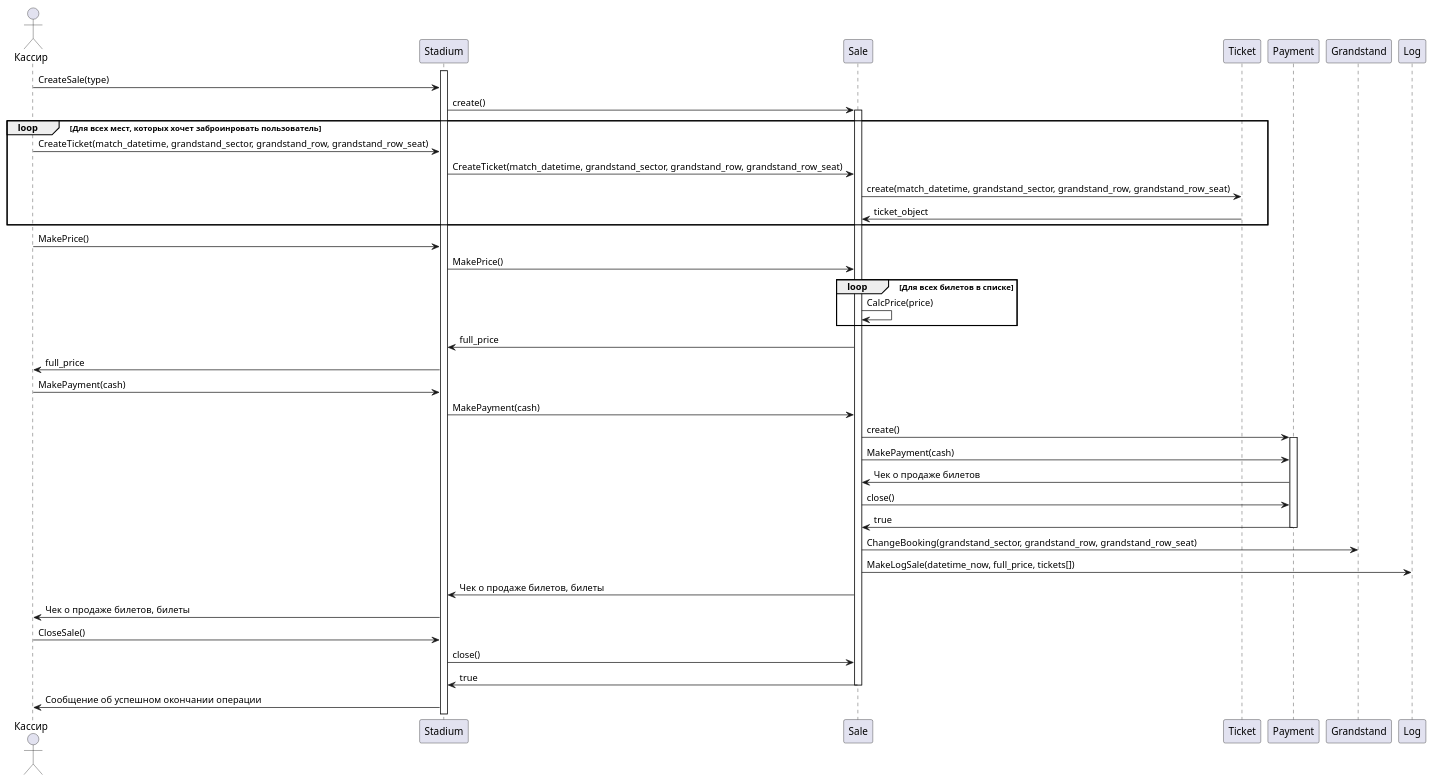
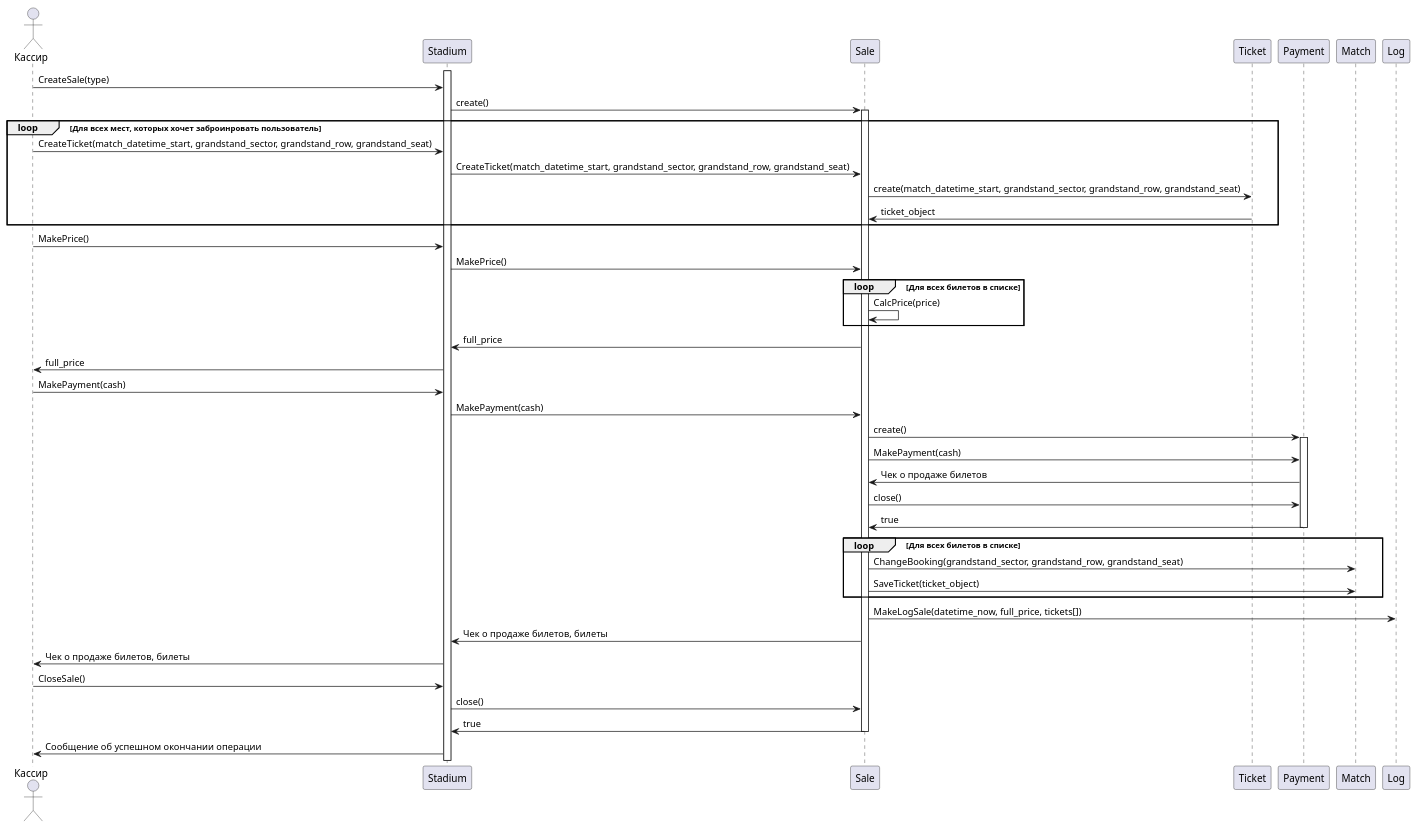
The diagram in Прецеденты/Диаграмма продажи билетов.md (penamarth/bsbo-03-23_team4_var10_football), drawn with PlantUML before and after one commit. The commit also changed 1 other file, not shown here.

Commit message:
Внесение композита в модель предметной области + правка самой области + правка диаграммы продажи билетов

````diff
--- a/Прецеденты/Диаграмма продажи билетов.md
+++ b/Прецеденты/Диаграмма продажи билетов.md
@@ -1,61 +1,68 @@
 ```plantuml
 @startuml
 actor Кассир
 
 activate Stadium
 
 Кассир -> Stadium : CreateSale(type)
 Stadium -> Sale : create()
 activate Sale
 
 
 loop Для всех мест, которых хочет заброинровать пользователь
 
-Кассир -> Stadium : CreateTicket(match_datetime, grandstand_sector, grandstand_row, grandstand_row_seat)
-Stadium -> Sale : CreateTicket(match_datetime, grandstand_sector, grandstand_row, grandstand_row_seat)
-Sale -> Ticket : create(match_datetime, grandstand_sector, grandstand_row, grandstand_row_seat)
+Кассир -> Stadium : CreateTicket(match_datetime_start, grandstand_sector, grandstand_row, grandstand_seat)
+Stadium -> Sale : CreateTicket(match_datetime_start, grandstand_sector, grandstand_row, grandstand_seat)
+Sale -> Ticket : create(match_datetime_start, grandstand_sector, grandstand_row, grandstand_seat)
 Sale <- Ticket : ticket_object
 
 end loop
 
 
 Кассир -> Stadium : MakePrice()
 Stadium -> Sale : MakePrice()
 
 
 loop Для всех билетов в списке
 
 Sale -> Sale : CalcPrice(price)
 
 end loop
 
 
 Stadium <- Sale : full_price
 Кассир <- Stadium : full_price
 
 Кассир -> Stadium : MakePayment(cash)
 Stadium -> Sale : MakePayment(cash)
 Sale -> Payment : create()
 
 activate Payment
 Sale -> Payment : MakePayment(cash)
 Sale <- Payment : Чек о продаже билетов
 Sale -> Payment : close()
 Sale <- Payment : true
 deactivate Payment
 
-Sale -> Grandstand : ChangeBooking(grandstand_sector, grandstand_row, grandstand_row_seat)
+
+loop Для всех билетов в списке
+
+Sale -> Match : ChangeBooking(grandstand_sector, grandstand_row, grandstand_seat)
+Sale -> Match : SaveTicket(ticket_object)
+
+end loop
+
 
 Sale -> Log : MakeLogSale(datetime_now, full_price, tickets[])
 
 Stadium <- Sale : Чек о продаже билетов, билеты
 Кассир <- Stadium : Чек о продаже билетов, билеты
 
 
 Кассир -> Stadium : CloseSale()
 Stadium -> Sale : close()
 Stadium <- Sale : true
 deactivate Sale
 Кассир <- Stadium : Сообщение об успешном окончании операции
 @enduml
 ```
````
